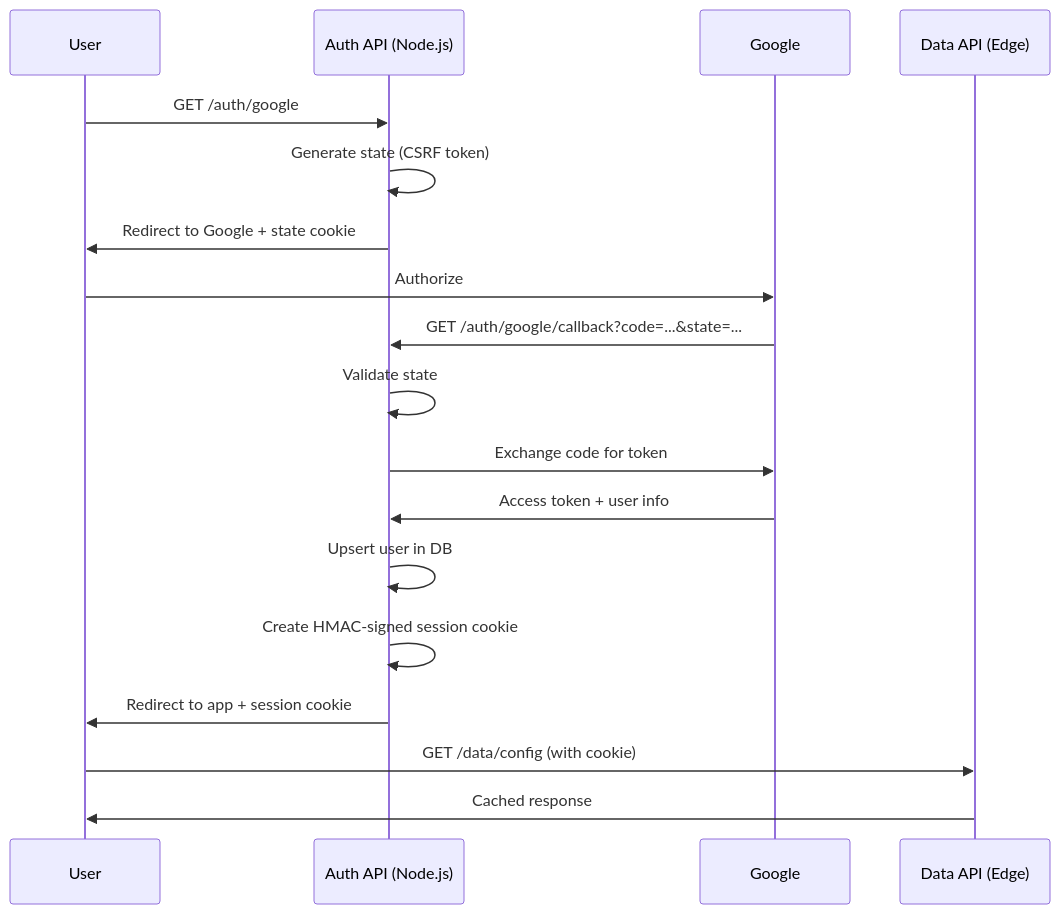
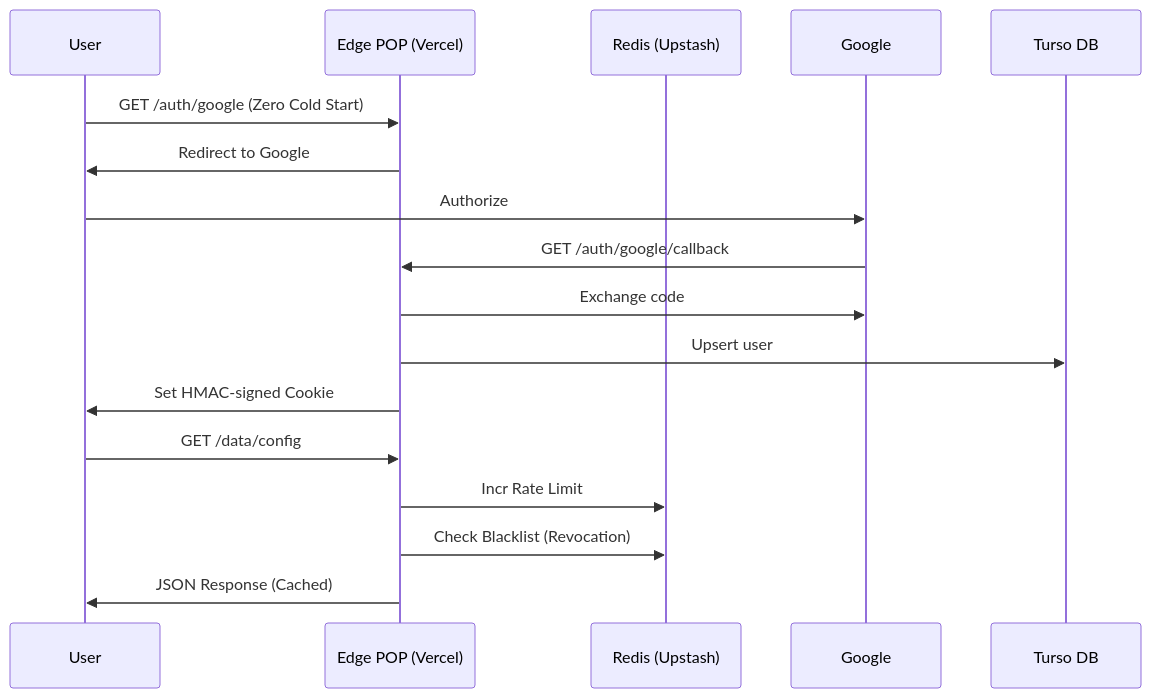
The diagram in README.md (Roti18/edge-minimal-stack), drawn with Mermaid before and after one commit. The commit also changed other lines of this file, not shown here.

Commit message:
docs: overhaul README to reflect 100% Edge-First architecture and Redis integration

````diff
--- a/README.md
+++ b/README.md
@@ -102,21 +100,20 @@
 ```mermaid
 sequenceDiagram
     participant User
-    participant Auth API (Node.js)
+    participant Edge POP (Vercel)
+    participant Redis (Upstash)
     participant Google
-    participant Data API (Edge)
+    participant Turso DB
 
-    User->>Auth API (Node.js): GET /auth/google
-    Auth API (Node.js)->>Auth API (Node.js): Generate state (CSRF token)
-    Auth API (Node.js)->>User: Redirect to Google + state cookie
+    User->>Edge POP (Vercel): GET /auth/google (Zero Cold Start)
+    Edge POP (Vercel)->>User: Redirect to Google
     User->>Google: Authorize
-    Google->>Auth API (Node.js): GET /auth/google/callback?code=...&state=...
-    Auth API (Node.js)->>Auth API (Node.js): Validate state
-    Auth API (Node.js)->>Google: Exchange code for token
-    Google->>Auth API (Node.js): Access token + user info
-    Auth API (Node.js)->>Auth API (Node.js): Upsert user in DB
-    Auth API (Node.js)->>Auth API (Node.js): Create HMAC-signed session cookie
-    Auth API (Node.js)->>User: Redirect to app + session cookie
-    User->>Data API (Edge): GET /data/config (with cookie)
-    Data API (Edge)->>User: Cached response
+    Google->>Edge POP (Vercel): GET /auth/google/callback
+    Edge POP (Vercel)->>Google: Exchange code
+    Edge POP (Vercel)->>Turso DB: Upsert user
+    Edge POP (Vercel)->>User: Set HMAC-signed Cookie
+    User->>Edge POP (Vercel): GET /data/config
+    Edge POP (Vercel)->>Redis (Upstash): Incr Rate Limit
+    Edge POP (Vercel)->>Redis (Upstash): Check Blacklist (Revocation)
+    Edge POP (Vercel)->>User: JSON Response (Cached)
 ```
````
